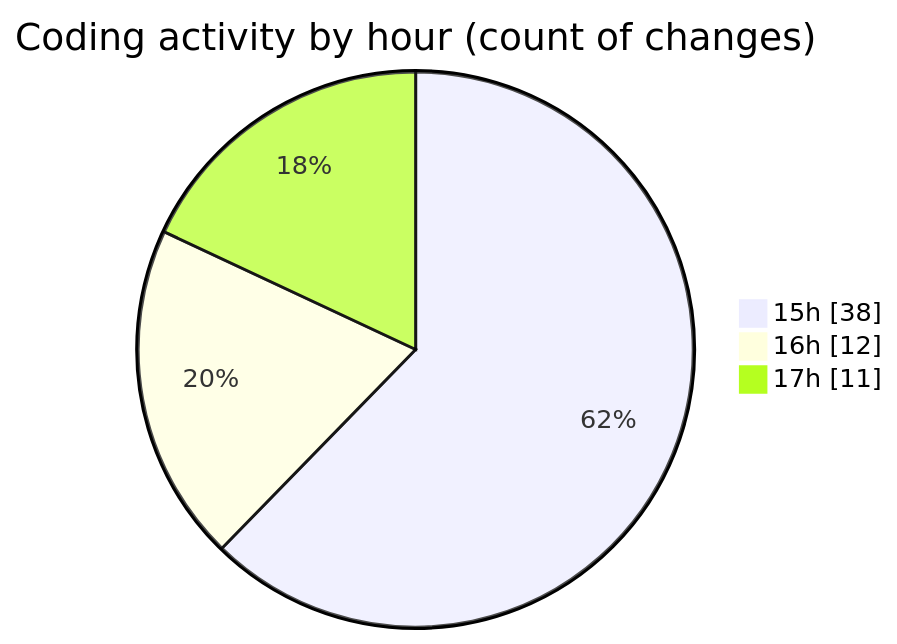
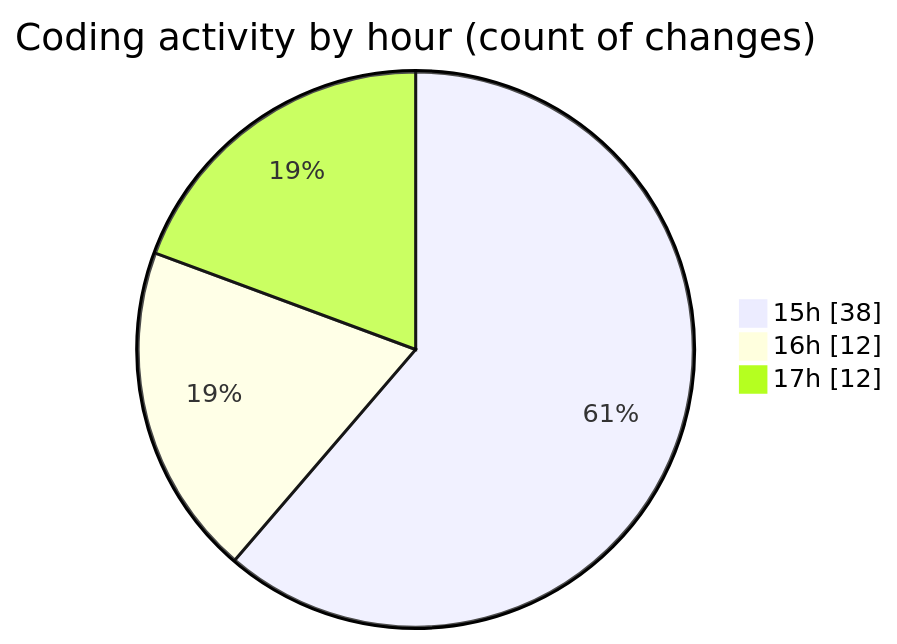
The second of 2 diagrams in 2025-09-08/cashcalculator/README.md (nxtqubesakshisongat/code-tracking), drawn with Mermaid before and after one commit. The commit also changed other lines of this file and 1 other file, not shown here.

````diff
--- a/2025-09-08/cashcalculator/README.md
+++ b/2025-09-08/cashcalculator/README.md
@@ -28,7 +28,7 @@
 ```mermaid
 pie showData
 title Coding activity by hour (count of changes)
 "15h" : 38
 "16h" : 12
-"17h" : 11
+"17h" : 12
 ```
````
